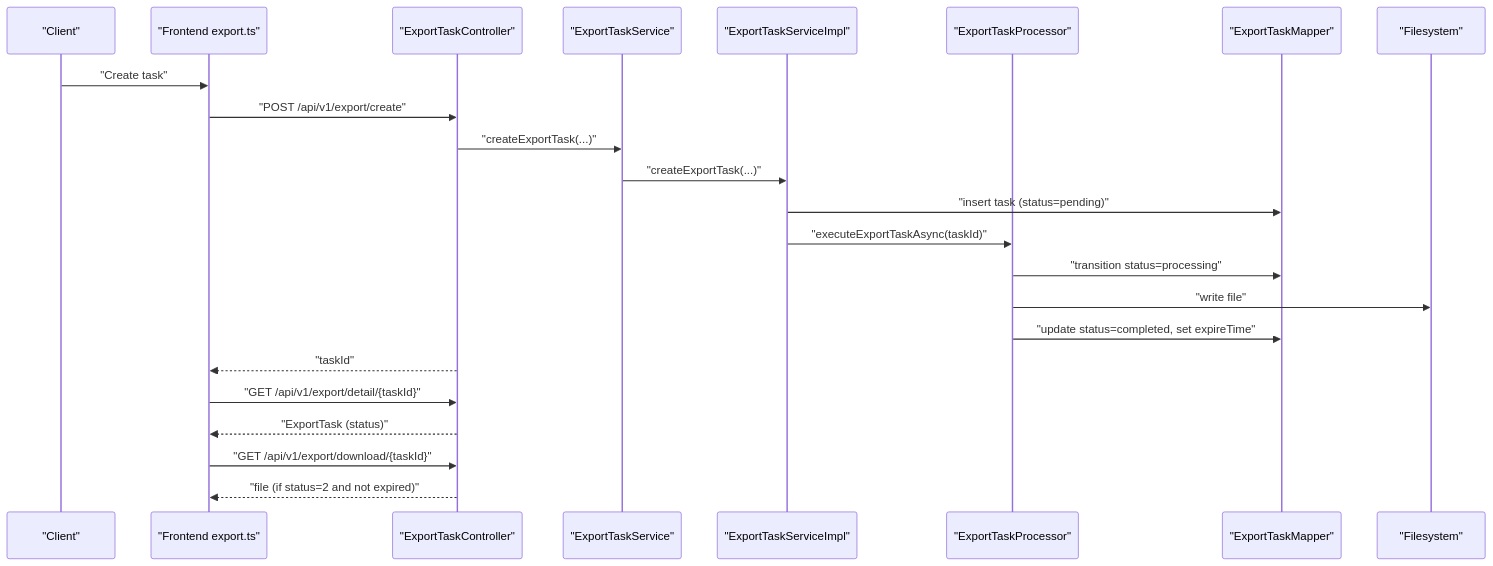
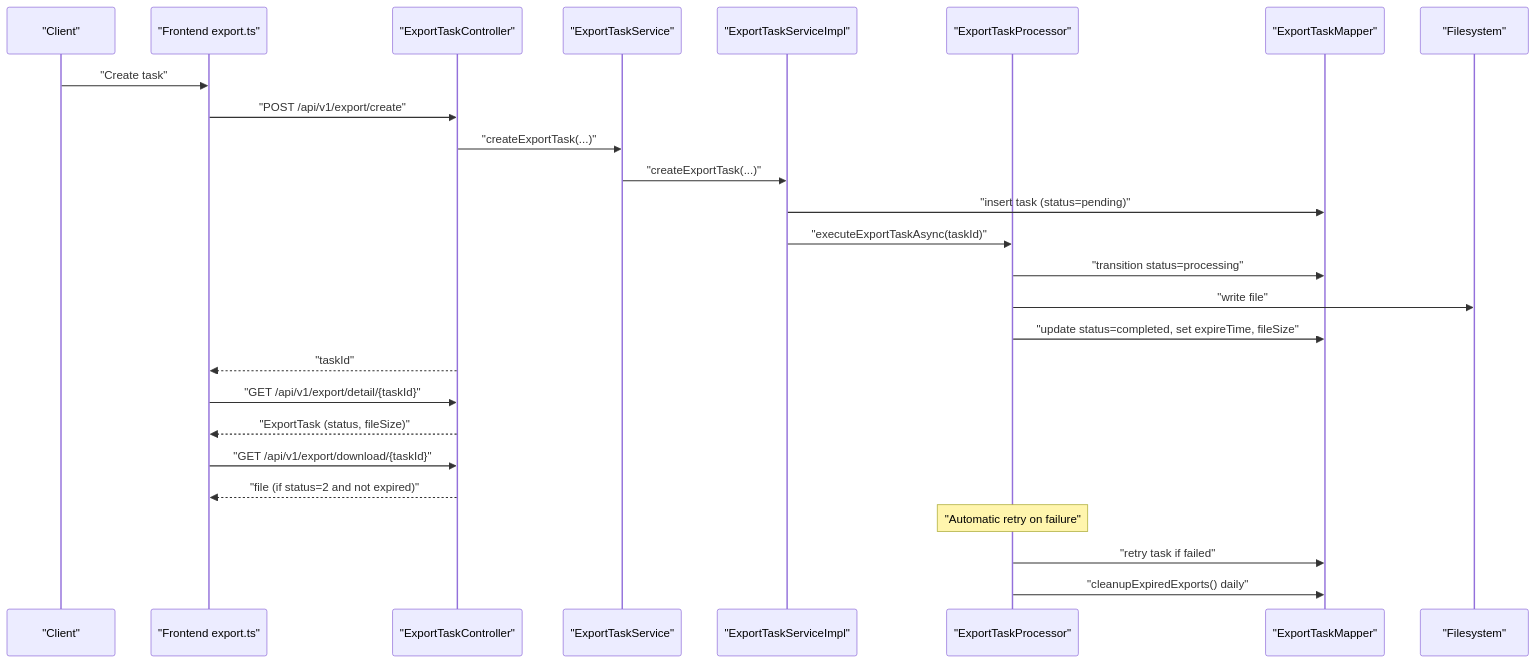
One commit to bo961386926/Survey-App changed the second of 4 diagrams in .qoder/repowiki/en/content/Export & Reporting/Export Task Management.md. Above: the diagram before and after it, drawn with Mermaid. The commit also changed other lines of this file and 19 other files, not shown here.

````diff
--- a/.qoder/repowiki/en/content/Export & Reporting/Export Task Management.md
+++ b/.qoder/repowiki/en/content/Export & Reporting/Export Task Management.md
@@ -114,25 +127,28 @@
 ```mermaid
 sequenceDiagram
 participant Client as "Client"
 participant FE as "Frontend export.ts"
 participant Ctrl as "ExportTaskController"
 participant Svc as "ExportTaskService"
 participant Impl as "ExportTaskServiceImpl"
 participant Proc as "ExportTaskProcessor"
 participant DB as "ExportTaskMapper"
 participant FS as "Filesystem"
 Client->>FE : "Create task"
 FE->>Ctrl : "POST /api/v1/export/create"
 Ctrl->>Svc : "createExportTask(...)"
 Svc->>Impl : "createExportTask(...)"
 Impl->>DB : "insert task (status=pending)"
 Impl->>Proc : "executeExportTaskAsync(taskId)"
 Proc->>DB : "transition status=processing"
 Proc->>FS : "write file"
-Proc->>DB : "update status=completed, set expireTime"
+Proc->>DB : "update status=completed, set expireTime, fileSize"
 Ctrl-->>FE : "taskId"
 FE->>Ctrl : "GET /api/v1/export/detail/{taskId}"
-Ctrl-->>FE : "ExportTask (status)"
+Ctrl-->>FE : "ExportTask (status, fileSize)"
 FE->>Ctrl : "GET /api/v1/export/download/{taskId}"
 Ctrl-->>FE : "file (if status=2 and not expired)"
+Note over Proc : "Automatic retry on failure"
+Proc->>DB : "retry task if failed"
+Proc->>DB : "cleanupExpiredExports() daily"
 ```
````
